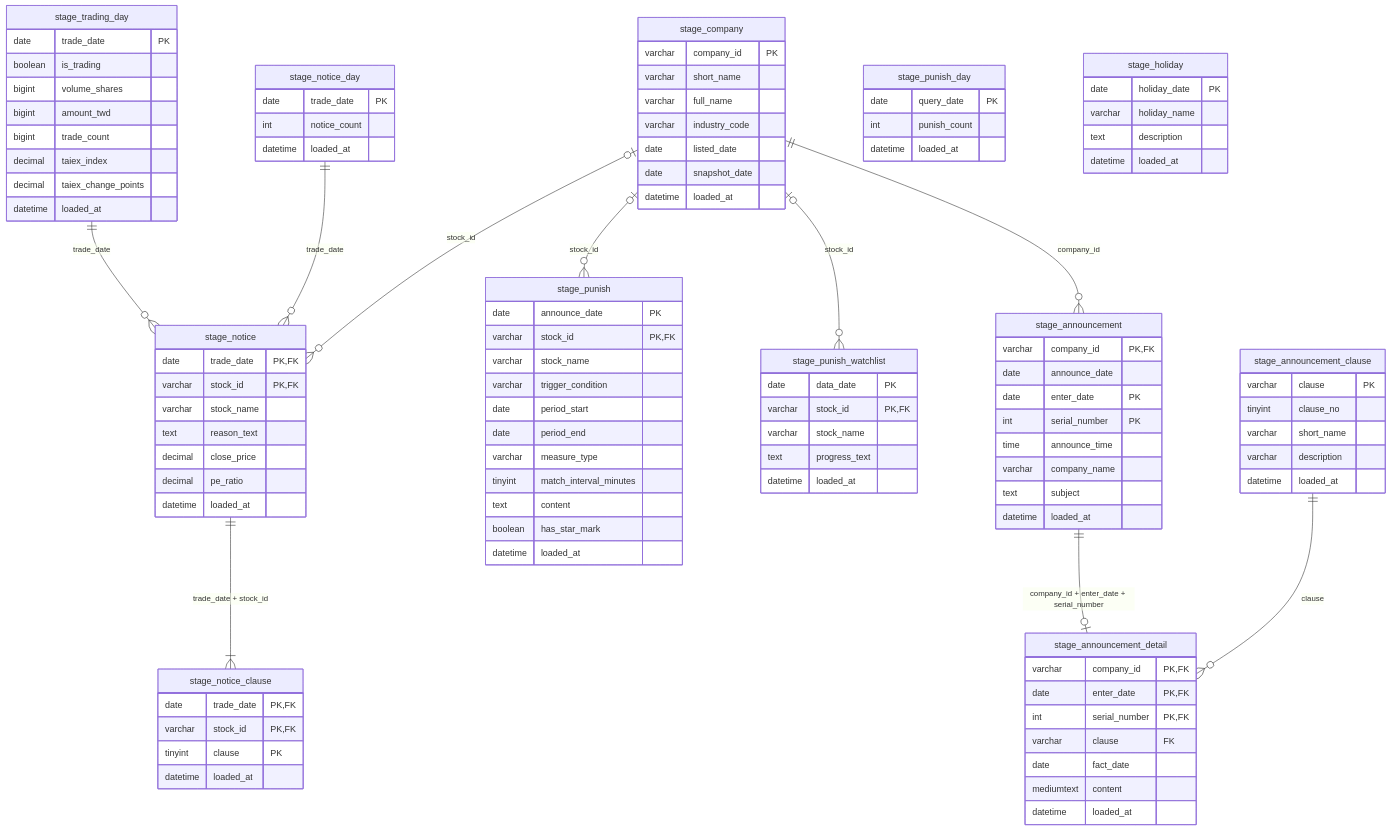
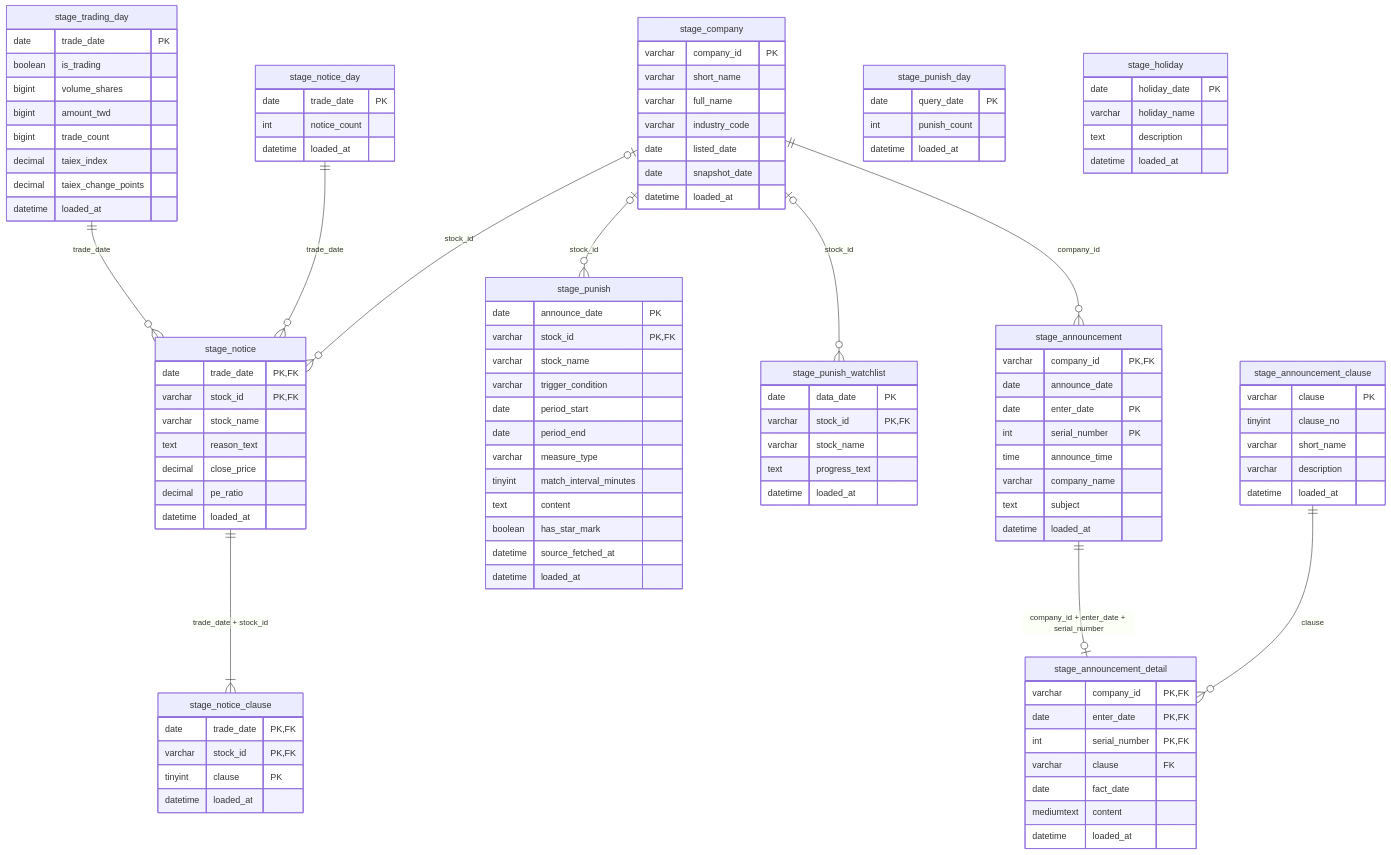
One commit to hannahTai/G2-attention_stock_tracker-tw_stock changed the diagram in docs/tables.md. Above: the diagram before and after it, drawn with Mermaid. The commit also changed other lines of this file and 35 other files, not shown here.

```diff
--- a/docs/tables.md
+++ b/docs/tables.md
@@ -115,6 +118,7 @@
         tinyint match_interval_minutes
         text content
         boolean has_star_mark
+        datetime source_fetched_at
         datetime loaded_at
     }
     stage_punish_watchlist {
```
